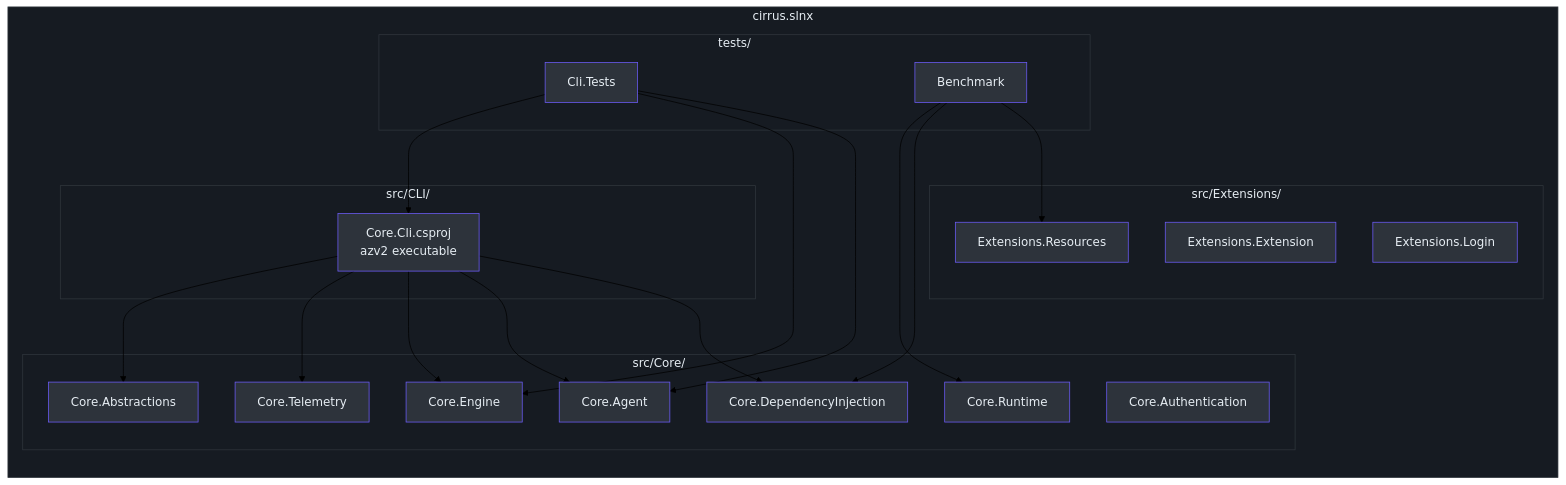
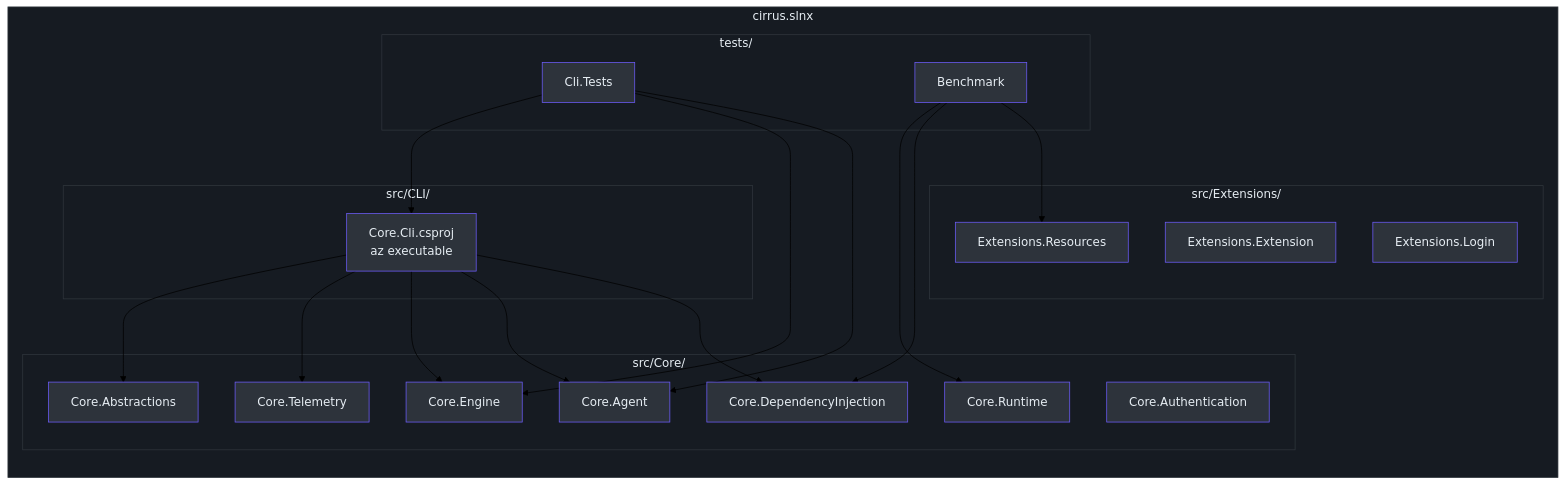
One commit to Azure/azclips changed the first of 2 diagrams in wiki/02-deep-dive/build-cicd.md. Above: the diagram before and after it, drawn with Mermaid (forest theme). The commit also changed other lines of this file and 136 other files, not shown here.

````diff
--- a/wiki/02-deep-dive/build-cicd.md
+++ b/wiki/02-deep-dive/build-cicd.md
@@ -14,63 +14,63 @@
 ```mermaid
 flowchart TB
     subgraph Solution["cirrus.slnx"]
         direction TB
         subgraph CLI["src/CLI/"]
-            CoreCli["Core.Cli.csproj<br>azv2 executable"]
+            CoreCli["Core.Cli.csproj<br>az executable"]
         end
 
         subgraph Core["src/Core/"]
             Abs["Core.Abstractions"]
             Auth["Core.Authentication"]
             Agent["Core.Agent"]
             Engine["Core.Engine"]
             Telem["Core.Telemetry"]
             Runtime["Core.Runtime"]
             DI["Core.DependencyInjection"]
         end
 
         subgraph Extensions["src/Extensions/"]
             Ext["Extensions.Extension"]
             Res["Extensions.Resources"]
             Login["Extensions.Login"]
         end
 
         subgraph TestsFolder["tests/"]
             CliTests["Cli.Tests"]
             Bench["Benchmark"]
         end
     end
 
     CoreCli --> Abs
     CoreCli --> Telem
     CoreCli --> Engine
     CoreCli --> Agent
     CoreCli --> DI
 
     CliTests --> CoreCli
     CliTests --> Engine
     CliTests --> Agent
 
     Bench --> Runtime
     Bench --> DI
     Bench --> Res
 
     style Solution fill:#161b22,stroke:#30363d,color:#e6edf3
     style CLI fill:#161b22,stroke:#30363d,color:#e6edf3
     style Core fill:#161b22,stroke:#30363d,color:#e6edf3
     style Extensions fill:#161b22,stroke:#30363d,color:#e6edf3
     style TestsFolder fill:#161b22,stroke:#30363d,color:#e6edf3
     style CoreCli fill:#2d333b,stroke:#6d5dfc,color:#e6edf3
     style Abs fill:#2d333b,stroke:#6d5dfc,color:#e6edf3
     style Auth fill:#2d333b,stroke:#6d5dfc,color:#e6edf3
     style Agent fill:#2d333b,stroke:#6d5dfc,color:#e6edf3
     style Engine fill:#2d333b,stroke:#6d5dfc,color:#e6edf3
     style Telem fill:#2d333b,stroke:#6d5dfc,color:#e6edf3
     style Runtime fill:#2d333b,stroke:#6d5dfc,color:#e6edf3
     style DI fill:#2d333b,stroke:#6d5dfc,color:#e6edf3
     style Ext fill:#2d333b,stroke:#6d5dfc,color:#e6edf3
     style Res fill:#2d333b,stroke:#6d5dfc,color:#e6edf3
     style Login fill:#2d333b,stroke:#6d5dfc,color:#e6edf3
     style CliTests fill:#2d333b,stroke:#6d5dfc,color:#e6edf3
     style Bench fill:#2d333b,stroke:#6d5dfc,color:#e6edf3
 ```
````
